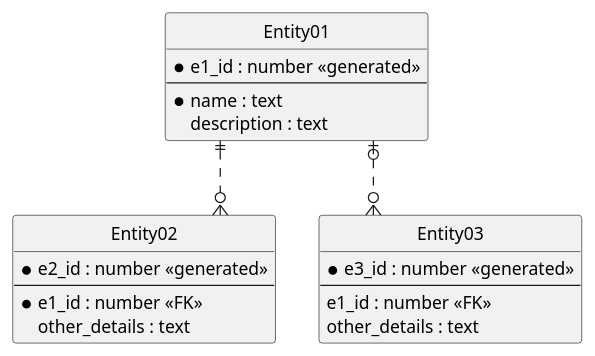
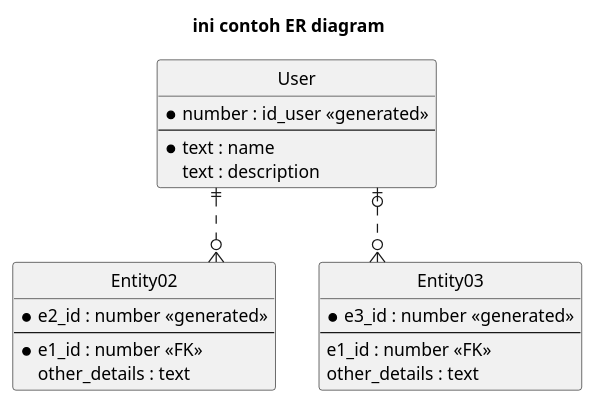
One commit to yudianwebdev/next-bg-app changed the diagram in diagram/testumldiagram.wsd. Above: the diagram before and after it, drawn with PlantUML.

Commit message:
mengubag flow v2

```diff
--- a/diagram/testumldiagram.wsd
+++ b/diagram/testumldiagram.wsd
@@ -1,33 +1,35 @@
-@startuml
+@startuml tes
+
+title ini contoh ER diagram
 
 ' hide the spot
 hide circle
 
 ' avoid problems with angled crows feet
 skinparam linetype ortho
 
-entity "Entity01" as e01 {
-  *e1_id : number <<generated>>
+entity "User" as user {
+  *number : id_user <<generated>>
   --
-  *name : text
-  description : text
+  *text : name
+  text : description
 }
 
 entity "Entity02" as e02 {
   *e2_id : number <<generated>>
   --
   *e1_id : number <<FK>>
   other_details : text
 }
 
 entity "Entity03" as e03 {
   *e3_id : number <<generated>>
   --
   e1_id : number <<FK>>
   other_details : text
 }
 
-e01 ||..o{ e02
-e01 |o..o{ e03
+user ||..o{ e02
+user |o..o{ e03
 
 @enduml
```
